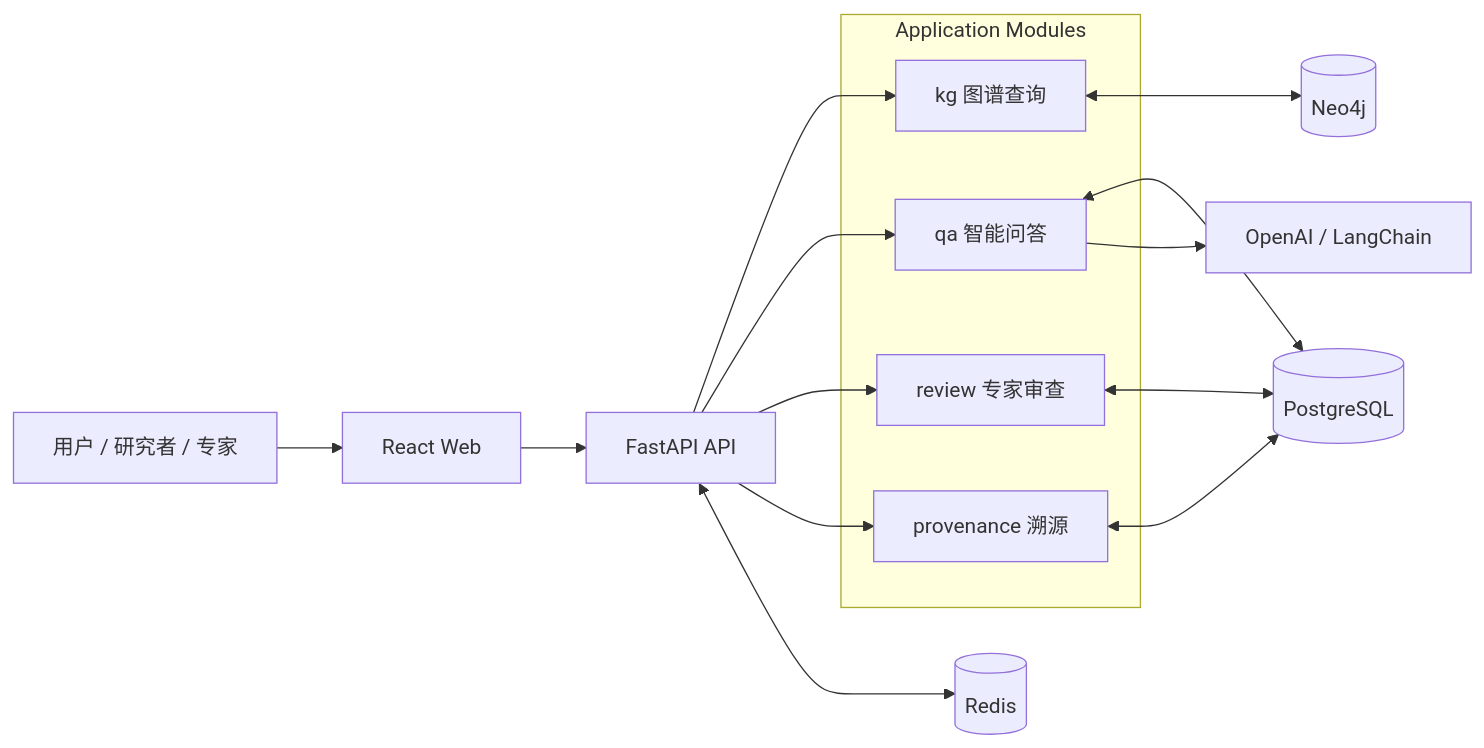
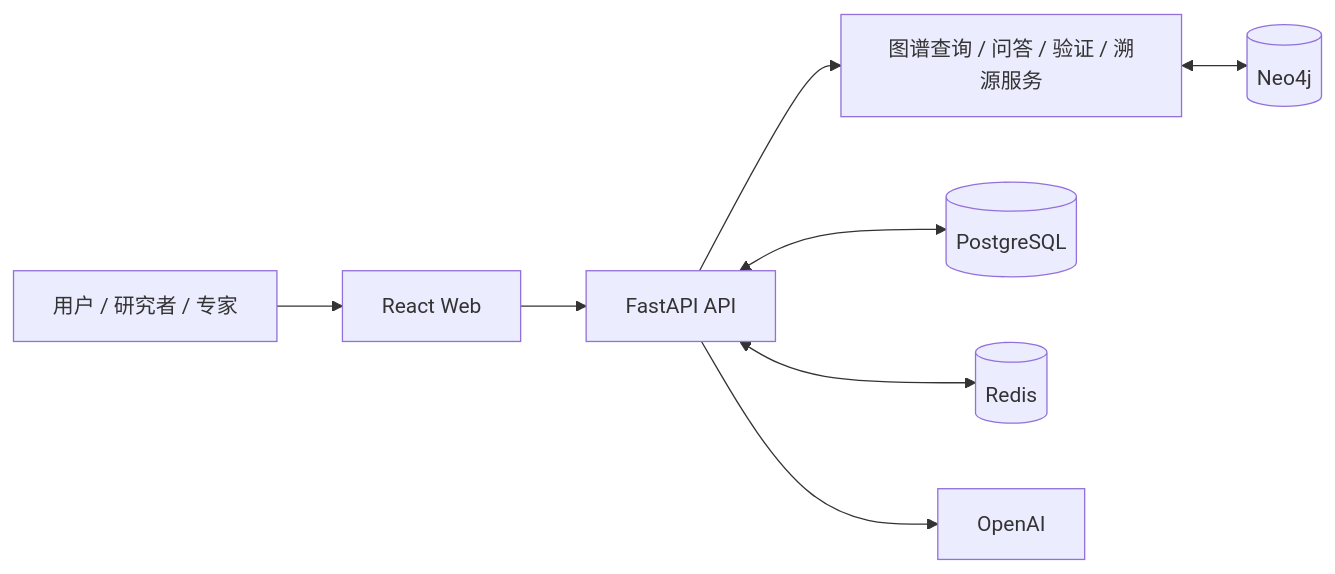
Before and after one commit to ticoAg/BaiCao: the diagram in README.md, drawn with Mermaid. The commit also changed other lines of this file and 1 other file, not shown here.

````diff
--- a/README.md
+++ b/README.md
@@ -90,24 +278,10 @@
 ```mermaid
 flowchart LR
     U[用户 / 研究者 / 专家] --> W[React Web]
     W --> A[FastAPI API]
-
-    subgraph App[Application Modules]
-        KG[kg 图谱查询]
-        QA[qa 智能问答]
-        RV[review 专家审查]
-        PV[provenance 溯源]
-    end
-
-    A --> KG
-    A --> QA
-    A --> RV
-    A --> PV
-
+    A --> KG[图谱查询 / 问答 / 验证 / 溯源服务]
     KG <--> N[(Neo4j)]
-    QA <--> P[(PostgreSQL)]
-    RV <--> P
-    PV <--> P
+    A <--> P[(PostgreSQL)]
     A <--> R[(Redis)]
-    QA --> O[OpenAI / LangChain]
+    A --> O[OpenAI]
 ```
````
